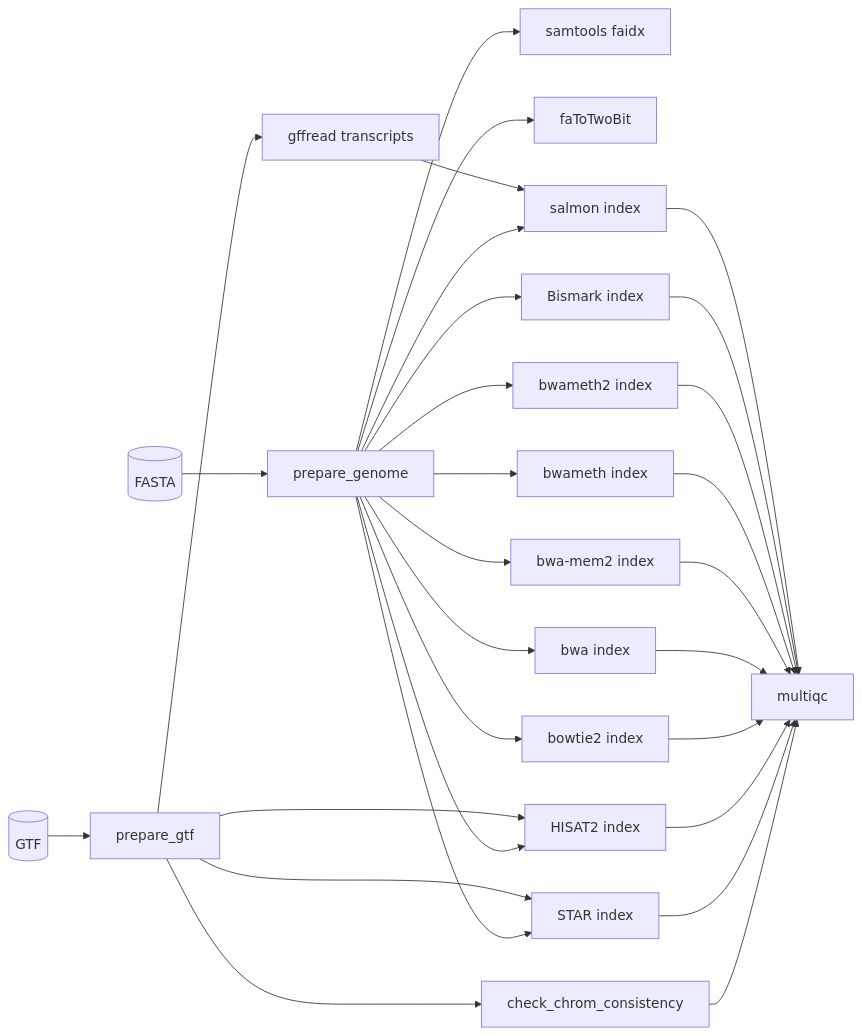
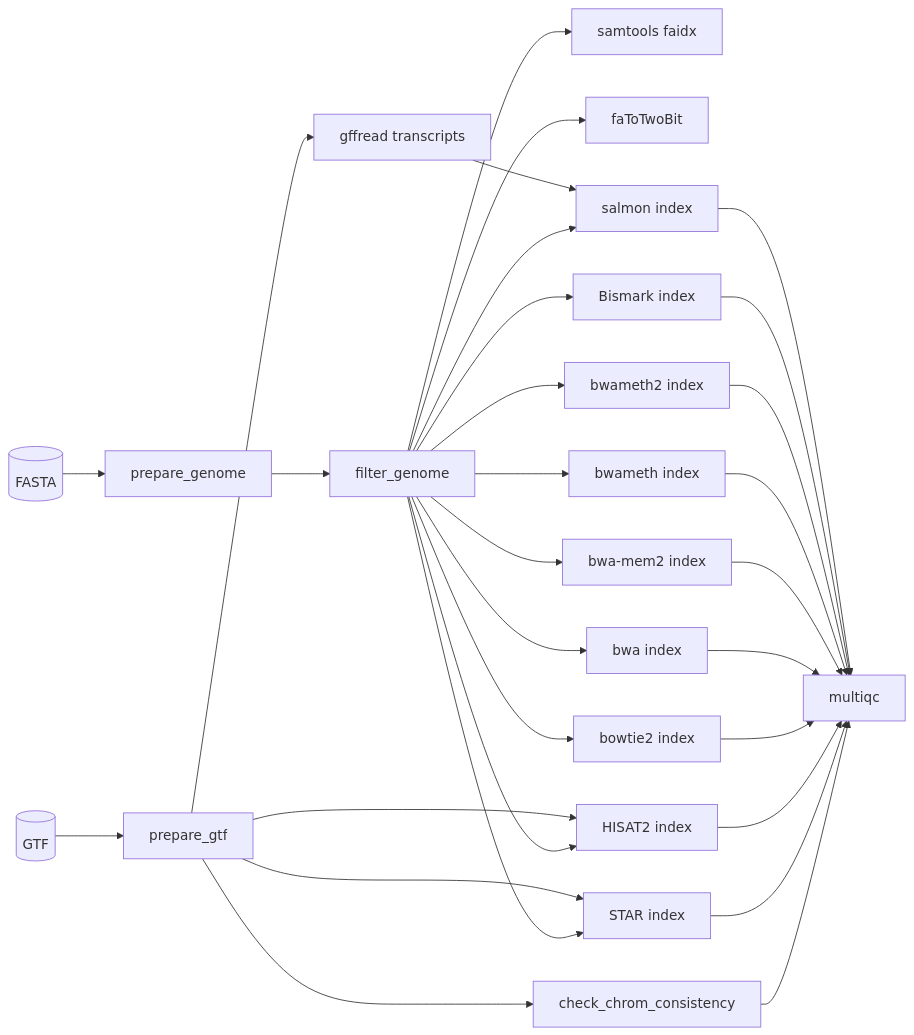
One commit to altintasali/aligner-index-builder changed the diagram in README.md. Above: the diagram before and after it, drawn with Mermaid. The commit also changed other lines of this file and 6 other files, not shown here.

````diff
--- a/README.md
+++ b/README.md
@@ -419,31 +465,32 @@
 ```mermaid
 flowchart LR
     fasta[(FASTA)] --> prep[prepare_genome]
+    prep --> filt[filter_genome]
     gtf[(GTF)] --> prepgtf[prepare_gtf]
-    prep --> fai[samtools faidx]
-    prep --> twoBit[faToTwoBit]
-    prep --> star[STAR index]
-    prep --> hisat2[HISAT2 index]
-    prep --> bowtie2[bowtie2 index]
-    prep --> bwa[bwa index]
-    prep --> bwa2[bwa-mem2 index]
-    prep --> bwameth[bwameth index]
-    prep --> bwameth2[bwameth2 index]
-    prep --> bismark[Bismark index]
-    prep --> salmon[salmon index]
+    filt --> fai[samtools faidx]
+    filt --> twoBit[faToTwoBit]
+    filt --> star[STAR index]
+    filt --> hisat2[HISAT2 index]
+    filt --> bowtie2[bowtie2 index]
+    filt --> bwa[bwa index]
+    filt --> bwa2[bwa-mem2 index]
+    filt --> bwameth[bwameth index]
+    filt --> bwameth2[bwameth2 index]
+    filt --> bismark[Bismark index]
+    filt --> salmon[salmon index]
     prepgtf --> check[check_chrom_consistency]
     prepgtf --> star
     prepgtf --> hisat2
     prepgtf --> gffread[gffread transcripts]
     gffread --> salmon
     check --> qc[multiqc]
     star --> qc
     hisat2 --> qc
     bowtie2 --> qc
     bwa --> qc
     bwa2 --> qc
     bwameth --> qc
     bwameth2 --> qc
     bismark --> qc
     salmon --> qc
 ```
````
